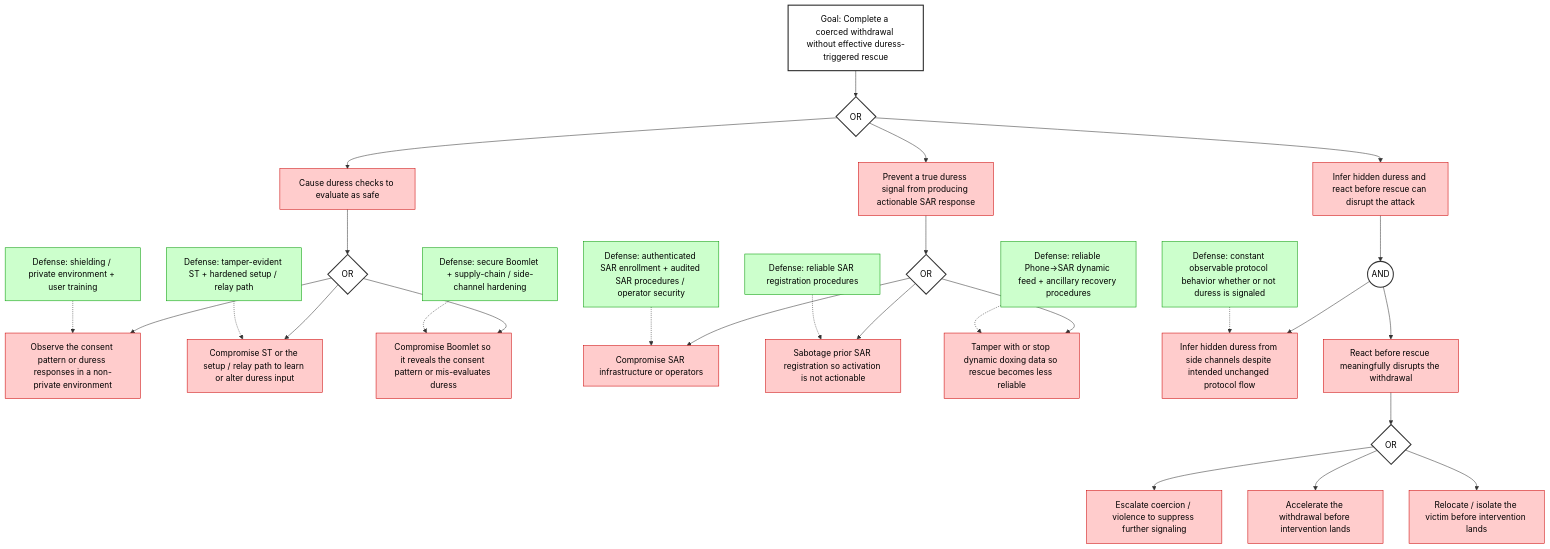
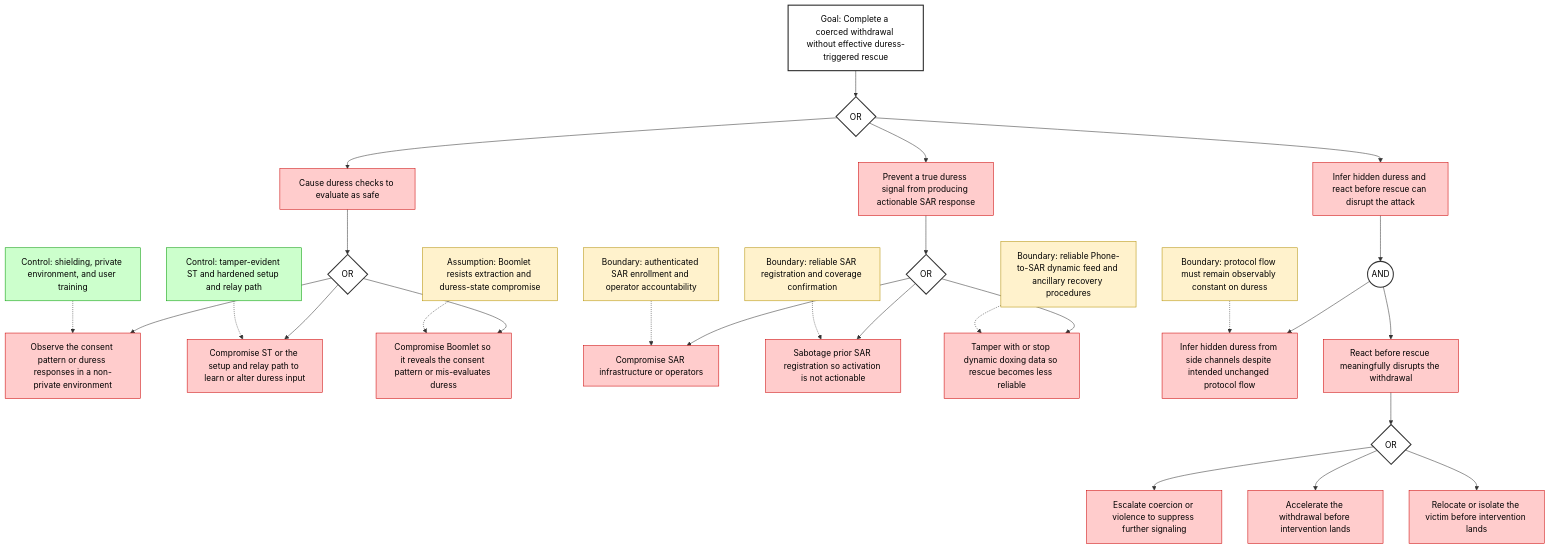
One commit to bitryonix/boomerang_design changed the sixth of 8 diagrams in security_models/README.md. Above: the diagram before and after it, drawn with Mermaid. The commit also changed other lines of this file and 9 other files, not shown here.

````diff
--- a/security_models/README.md
+++ b/security_models/README.md
@@ -939,59 +967,61 @@
 ```mermaid
 flowchart TD
   A["Goal: Complete a coerced withdrawal without effective duress-triggered rescue"] --> OR0{OR}
 
   OR0 --> B["Cause duress checks to evaluate as safe"]
   OR0 --> C["Prevent a true duress signal from producing actionable SAR response"]
   OR0 --> D["Infer hidden duress and react before rescue can disrupt the attack"]
 
   %% ----------------------------
   %% 1) Make duress appear safe
   %% ----------------------------
   B --> OR1{OR}
   OR1 --> B1["Observe the consent pattern or duress responses in a non-private environment"]
-  OR1 --> B2["Compromise ST or the setup / relay path to learn or alter duress input"]
+  OR1 --> B2["Compromise ST or the setup and relay path to learn or alter duress input"]
   OR1 --> B3["Compromise Boomlet so it reveals the consent pattern or mis-evaluates duress"]
 
   %% ----------------------------
   %% 2) True duress is generated, but SAR response is neutralized
   %% ----------------------------
   C --> OR2{OR}
   OR2 --> C1["Compromise SAR infrastructure or operators"]
   OR2 --> C2["Sabotage prior SAR registration so activation is not actionable"]
   OR2 --> C3["Tamper with or stop dynamic doxing data so rescue becomes less reliable"]
 
   %% ----------------------------
   %% 3) Duress stays hidden in protocol flow, but attacker infers it anyway
   %% ----------------------------
   D --> AND1((AND))
   AND1 --> D1["Infer hidden duress from side channels despite intended unchanged protocol flow"]
   AND1 --> D2["React before rescue meaningfully disrupts the withdrawal"]
 
   D2 --> OR3{OR}
-  OR3 --> D2a["Escalate coercion / violence to suppress further signaling"]
+  OR3 --> D2a["Escalate coercion or violence to suppress further signaling"]
   OR3 --> D2b["Accelerate the withdrawal before intervention lands"]
-  OR3 --> D2c["Relocate / isolate the victim before intervention lands"]
+  OR3 --> D2c["Relocate or isolate the victim before intervention lands"]
 
   %% ----------------------------
-  %% Defenses
+  %% Controls and open items
   %% ----------------------------
-  E1["Defense: shielding / private environment + user training"] -.-> B1
-  E2["Defense: tamper-evident ST + hardened setup / relay path"] -.-> B2
-  E3["Defense: secure Boomlet + supply-chain / side-channel hardening"] -.-> B3
-  E4["Defense: authenticated SAR enrollment + audited SAR procedures / operator security"] -.-> C1
-  E5["Defense: reliable SAR registration procedures"] -.-> C2
-  E6["Defense: reliable Phone→SAR dynamic feed + ancillary recovery procedures"] -.-> C3
-  E7["Defense: constant observable protocol behavior whether or not duress is signaled"] -.-> D1
+  E1["Control: shielding, private environment, and user training"] -.-> B1
+  E2["Control: tamper-evident ST and hardened setup and relay path"] -.-> B2
+  E3["Assumption: Boomlet resists extraction and duress-state compromise"] -.-> B3
+  E4["Boundary: authenticated SAR enrollment and operator accountability"] -.-> C1
+  E5["Boundary: reliable SAR registration and coverage confirmation"] -.-> C2
+  E6["Boundary: reliable Phone-to-SAR dynamic feed and ancillary recovery procedures"] -.-> C3
+  E7["Boundary: protocol flow must remain observably constant on duress"] -.-> D1
 
   %% Styles
   classDef goal fill:#ffffff,stroke:#222,stroke-width:2px,color:#000;
   classDef attack fill:#ffcccc,stroke:#cc0000,color:#000;
-  classDef defense fill:#ccffcc,stroke:#009900,color:#000;
+  classDef control fill:#ccffcc,stroke:#009900,color:#000;
+  classDef open fill:#fff2cc,stroke:#b38f00,color:#000;
   classDef gate fill:#ffffff,stroke:#333,stroke-width:2px,color:#000;
 
   class A goal;
   class B,C,D,B1,B2,B3,C1,C2,C3,D1,D2,D2a,D2b,D2c attack;
-  class E1,E2,E3,E4,E5,E6,E7 defense;
+  class E1,E2 control;
+  class E3,E4,E5,E6,E7 open;
   class OR0,OR1,OR2,OR3,AND1 gate;
 
 ```
````
